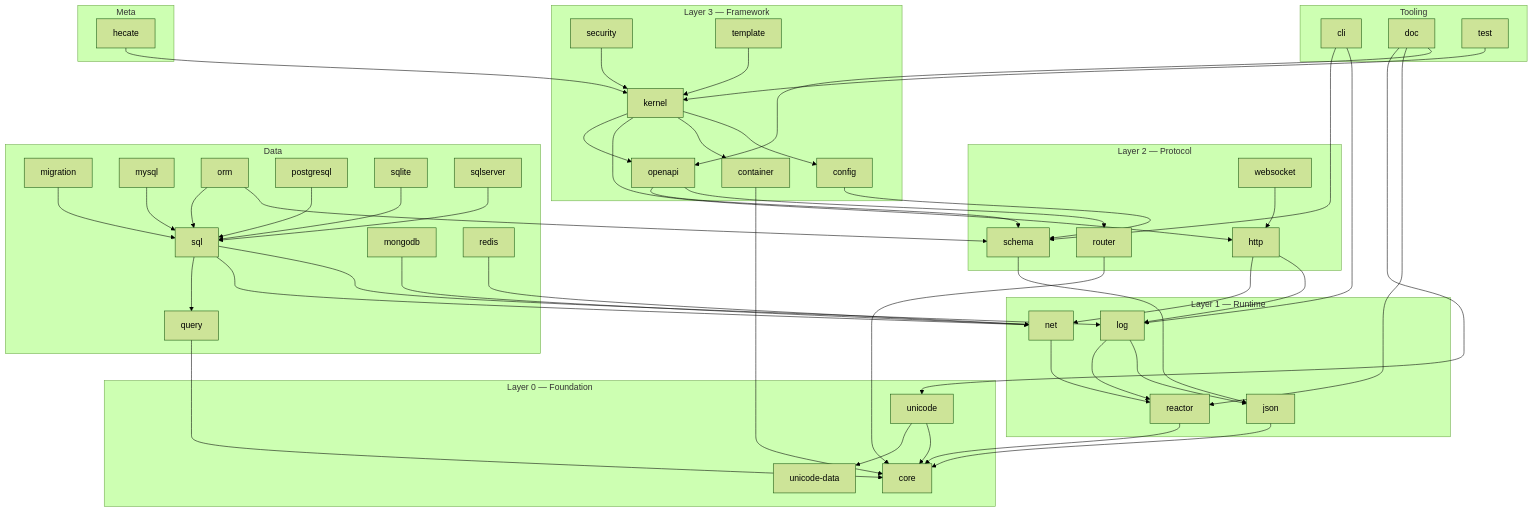
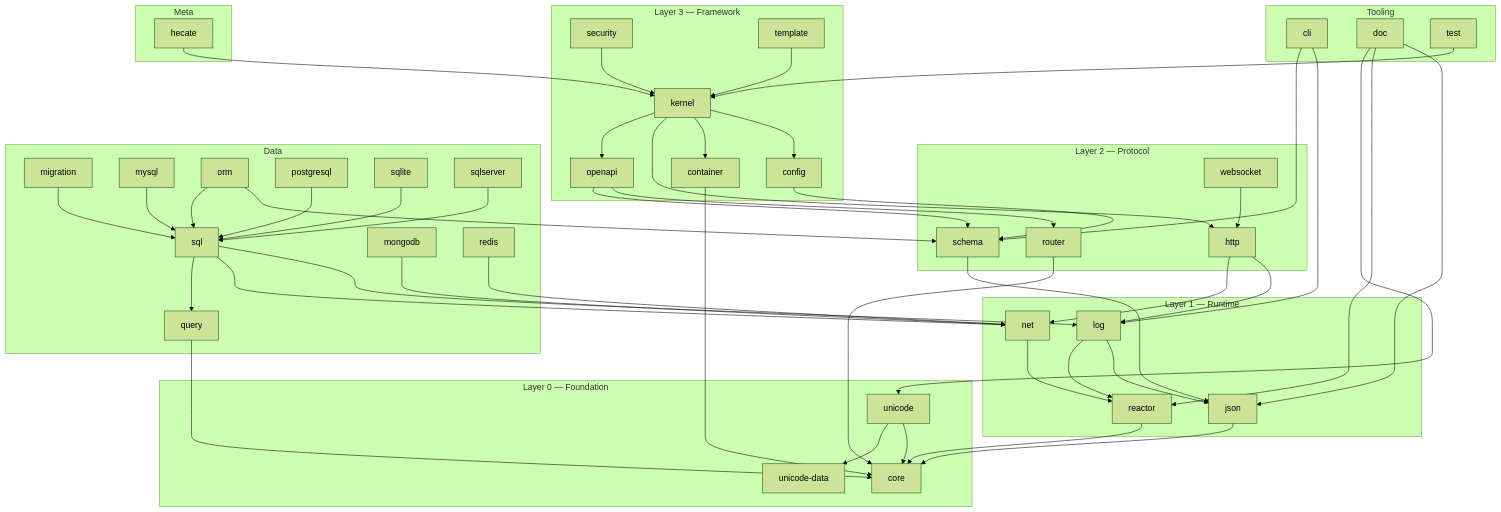
One commit to hecate-framework/hecate changed the first of 2 diagrams in docs/architecture/overview.md. Above: the diagram before and after it, drawn with Mermaid (forest theme). The commit also changed other lines of this file and 7 other files, not shown here.

````diff
--- a/docs/architecture/overview.md
+++ b/docs/architecture/overview.md
@@ -10,61 +10,61 @@
 ```mermaid
 flowchart TB
   subgraph L0[Layer 0 — Foundation]
     core
     unicode --> core
     unicode --> unicode-data
     unicode-data
   end
   subgraph L1[Layer 1 — Runtime]
     json --> core
     log --> json
     log --> reactor
     net --> reactor
     reactor --> core
   end
   subgraph L2[Layer 2 — Protocol]
     http --> log
     http --> net
     router --> core
     schema --> json
     websocket --> http
   end
   subgraph L3[Layer 3 — Framework]
     config --> schema
     container --> core
     kernel --> config
     kernel --> container
     kernel --> http
     kernel --> openapi
     openapi --> router
     openapi --> schema
     security --> kernel
     template --> kernel
   end
   subgraph D[Data]
     migration --> sql
     mongodb --> net
     mysql --> sql
     orm --> schema
     orm --> sql
     postgresql --> sql
     query --> core
     redis --> net
     sql --> log
     sql --> net
     sql --> query
     sqlite --> sql
     sqlserver --> sql
   end
   subgraph T[Tooling]
     cli --> log
     cli --> schema
-    doc --> openapi
+    doc --> json
     doc --> reactor
     doc --> unicode
     test --> kernel
   end
   subgraph M[Meta]
     hecate --> kernel
   end
 ```
````
